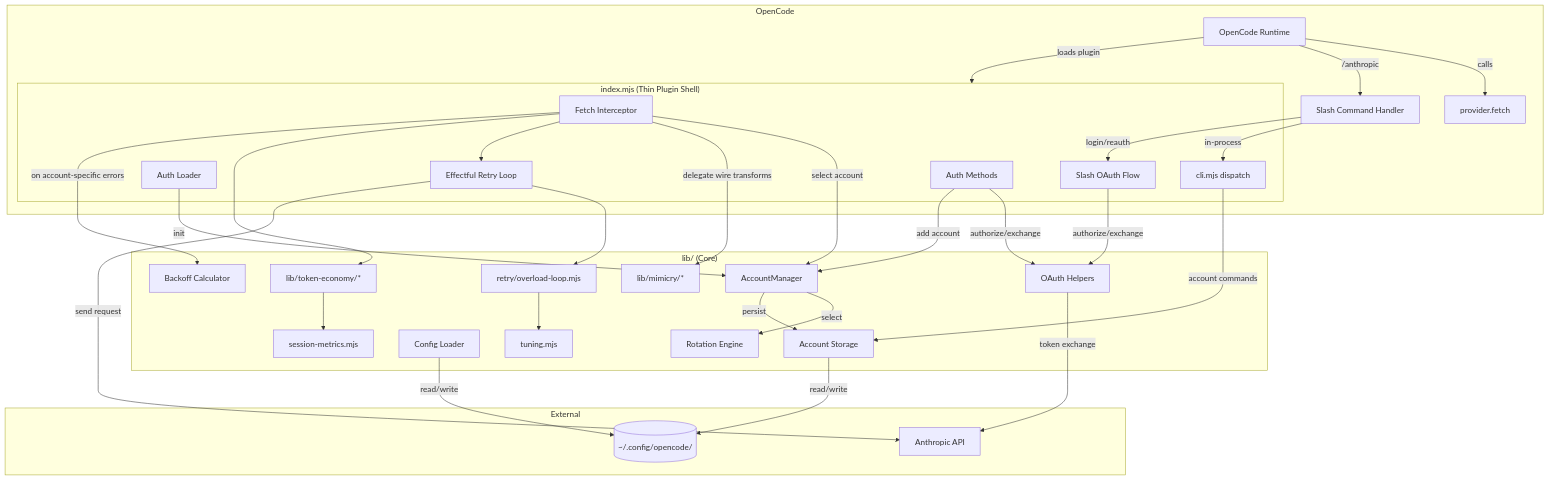
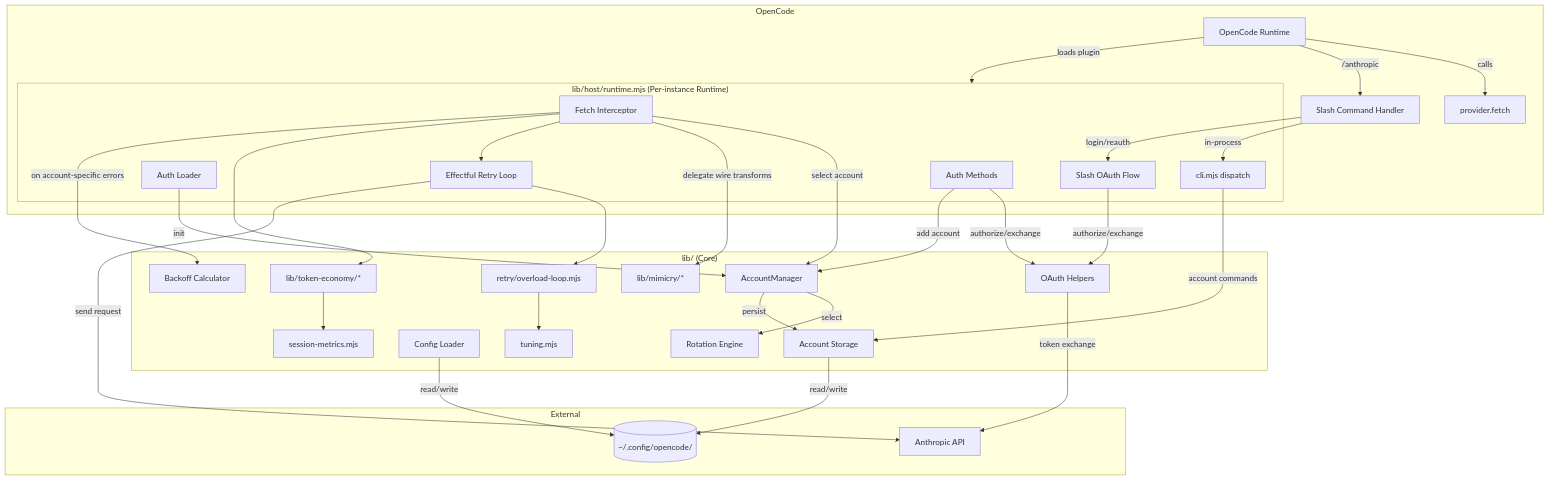
The first of 7 diagrams in CONTRIBUTING.md (marco-jardim/opencode-anthropic-fix), drawn with Mermaid before and after one commit. The commit also changed other lines of this file and 49 other files, not shown here.

````diff
--- a/CONTRIBUTING.md
+++ b/CONTRIBUTING.md
@@ -102,56 +130,56 @@
 ```mermaid
 graph TB
     subgraph OpenCode
         OC[OpenCode Runtime] -->|loads plugin| Plugin
         OC -->|calls| Fetch[provider.fetch]
         OC -->|/anthropic| SlashCmd[Slash Command Handler]
     end
 
-    subgraph Plugin["index.mjs (Thin Plugin Shell)"]
+    subgraph Plugin["lib/host/runtime.mjs (Per-instance Runtime)"]
         Auth[Auth Methods]
         Loader[Auth Loader]
         FetchInterceptor[Fetch Interceptor]
         RetryLoop[Effectful Retry Loop]
         SlashCmd -->|in-process| CLI[cli.mjs dispatch]
         SlashCmd -->|login/reauth| OAuthFlow[Slash OAuth Flow]
     end
 
     subgraph Core["lib/ (Core)"]
         OAuth[OAuth Helpers]
         AM[AccountManager]
         Rotation[Rotation Engine]
         Backoff[Backoff Calculator]
         Config[Config Loader]
         Storage[Account Storage]
         Mimicry[lib/mimicry/*]
         TokenEconomy[lib/token-economy/*]
         SessionMetrics[session-metrics.mjs]
         RetryDecisions[retry/overload-loop.mjs]
         Tuning[tuning.mjs]
     end
 
     subgraph External
         Anthropic[Anthropic API]
         Disk[(~/.config/opencode/)]
     end
 
     Auth -->|authorize/exchange| OAuth
     OAuthFlow -->|authorize/exchange| OAuth
     CLI -->|account commands| Storage
     Auth -->|add account| AM
     Loader -->|init| AM
     FetchInterceptor -->|select account| AM
     FetchInterceptor -->|delegate wire transforms| Mimicry
     FetchInterceptor --> RetryLoop
     FetchInterceptor --> TokenEconomy
     TokenEconomy --> SessionMetrics
     RetryLoop --> RetryDecisions
     RetryDecisions --> Tuning
     RetryLoop -->|send request| Anthropic
     FetchInterceptor -->|on account-specific errors| Backoff
     AM -->|select| Rotation
     AM -->|persist| Storage
     Storage -->|read/write| Disk
     Config -->|read/write| Disk
     OAuth -->|token exchange| Anthropic
 ```
````
